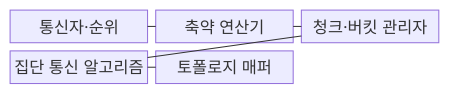
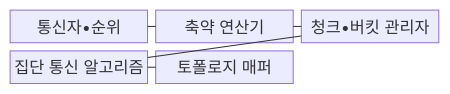
One commit to agnusdei1207/knowledge-base changed the first of 2 diagrams in src/content/docs/notes/08-latest-tech/153_all_reduce.md. Above: the diagram before and after it, drawn with Mermaid. The commit also changed other lines of this file and 953 other files, not shown here.

````diff
--- a/src/content/docs/notes/08-latest-tech/153_all_reduce.md
+++ b/src/content/docs/notes/08-latest-tech/153_all_reduce.md
@@ -69,13 +69,13 @@
 ```mermaid
 block-beta
     columns 3
-    C["통신자·순위"]
+    C["통신자•순위"]
     O["축약 연산기"]
-    B["청크·버킷 관리자"]
+    B["청크•버킷 관리자"]
     A["집단 통신 알고리즘"]
     T["토폴로지 매퍼"]
     C --- O
     O --- B
     B --- A
     A --- T
 ```
````
